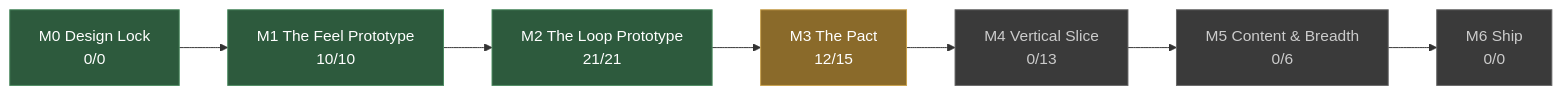
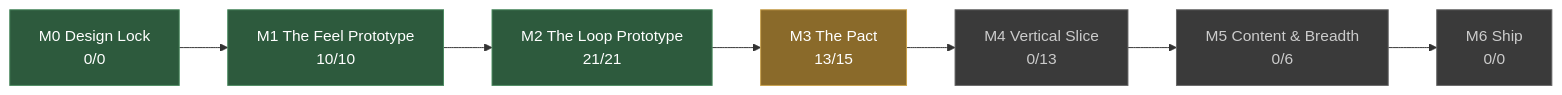
One commit to JoshuaGessner/she changed the diagram in docs/STATUS.md. Above: the diagram before and after it, drawn with Mermaid. The commit also changed other lines of this file and 20 other files, not shown here.

````diff
--- a/docs/STATUS.md
+++ b/docs/STATUS.md
@@ -13,19 +13,19 @@
 ```mermaid
 flowchart LR
   M0["M0 Design Lock<br/>0/0"]:::passed
   M1["M1 The Feel Prototype<br/>10/10"]:::passed
   M0 --> M1
   M2["M2 The Loop Prototype<br/>21/21"]:::passed
   M1 --> M2
-  M3["M3 The Pact<br/>12/15"]:::current
+  M3["M3 The Pact<br/>13/15"]:::current
   M2 --> M3
   M4["M4 Vertical Slice<br/>0/13"]:::ahead
   M3 --> M4
   M5["M5 Content & Breadth<br/>0/6"]:::ahead
   M4 --> M5
   M6["M6 Ship<br/>0/0"]:::ahead
   M5 --> M6
   classDef passed fill:#2d5a3d,stroke:#4a8a5f,color:#fff
   classDef current fill:#8a6a2a,stroke:#c8a04a,color:#fff
   classDef ahead fill:#3a3a3a,stroke:#666,color:#ccc
 ```
````
